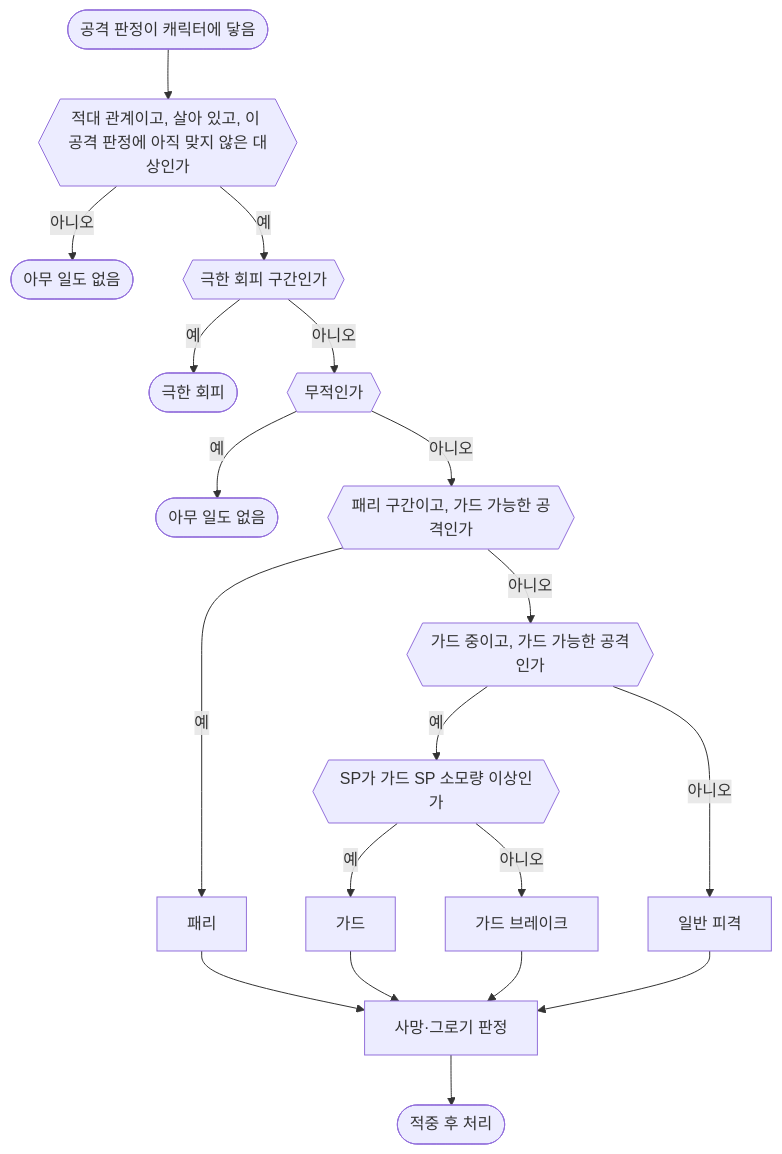
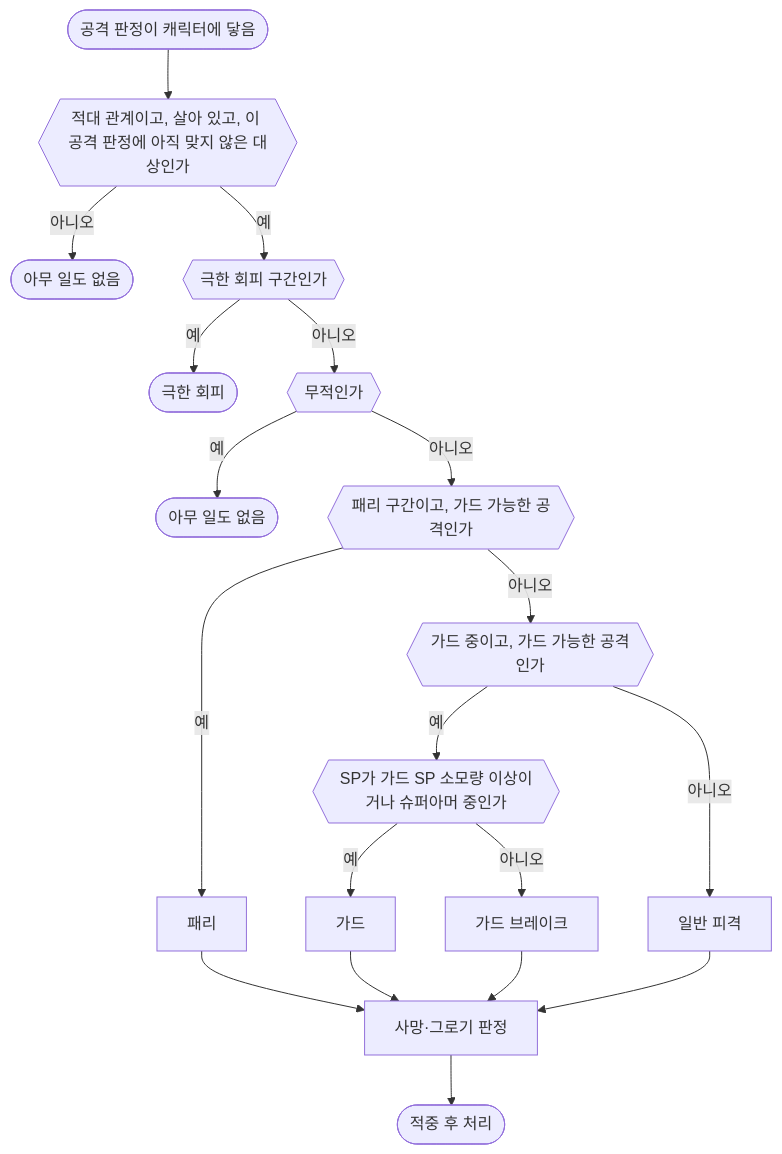
The diagram in Docs/Design/System/전투 시스템.md (Woogl/Ag), drawn with Mermaid before and after one commit. The commit also changed other lines of this file and 31 other files, not shown here.

````diff
--- a/Docs/Design/System/전투 시스템.md
+++ b/Docs/Design/System/전투 시스템.md
@@ -106,21 +106,21 @@
 ```mermaid
 flowchart TD
     touch(["공격 판정이 캐릭터에 닿음"]) --> valid{{"적대 관계이고, 살아 있고, 이 공격 판정에 아직 맞지 않은 대상인가"}}
     valid -->|아니오| none1(["아무 일도 없음"])
     valid -->|예| pdw{{"극한 회피 구간인가"}}
     pdw -->|예| pdodge(["극한 회피"])
     pdw -->|아니오| inv{{"무적인가"}}
     inv -->|예| none2(["아무 일도 없음"])
     inv -->|아니오| parryCheck{{"패리 구간이고, 가드 가능한 공격인가"}}
     parryCheck -->|예| parry["패리"]
     parryCheck -->|아니오| guardCheck{{"가드 중이고, 가드 가능한 공격인가"}}
     guardCheck -->|아니오| normal["일반 피격"]
-    guardCheck -->|예| spCheck{{"SP가 가드 SP 소모량 이상인가"}}
+    guardCheck -->|예| spCheck{{"SP가 가드 SP 소모량 이상이거나 슈퍼아머 중인가"}}
     spCheck -->|예| guard["가드"]
     spCheck -->|아니오| guardBreak["가드 브레이크"]
     parry --> judge
     guard --> judge
     guardBreak --> judge
     normal --> judge
     judge["사망·그로기 판정"] --> fx(["적중 후 처리"])
 ```
````
